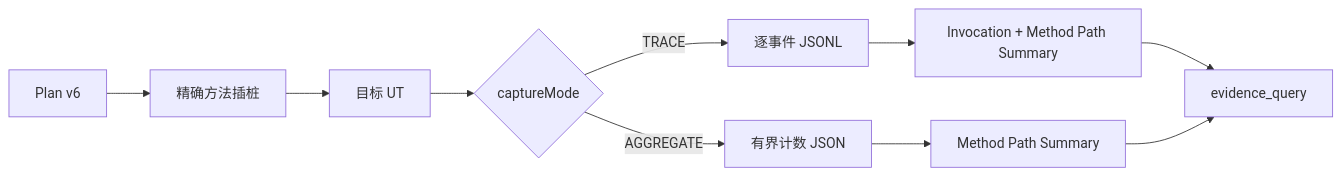
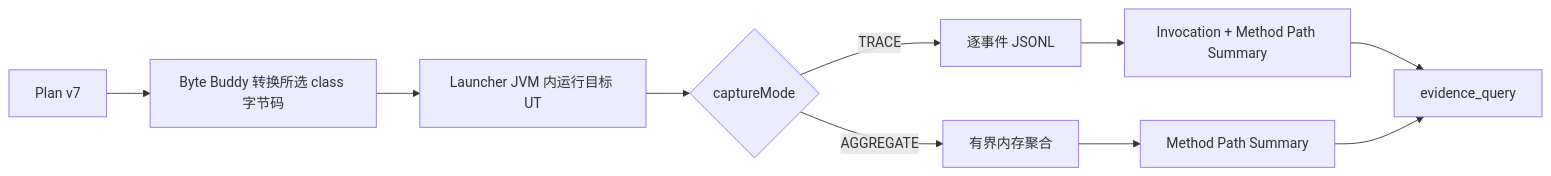
The third of 3 diagrams in docs/architecture/algorithm-debug-agent-module-detailed-design-v1.md (mh90901119-oss/algorithm-debug-agent), drawn with Mermaid before and after one commit. The commit also changed other lines of this file and 42 other files, not shown here.

````diff
--- a/docs/architecture/algorithm-debug-agent-module-detailed-design-v1.md
+++ b/docs/architecture/algorithm-debug-agent-module-detailed-design-v1.md
@@ -66,12 +152,12 @@
 ```mermaid
 flowchart LR
-    P["Plan v6"] --> W["精确方法插桩"]
-    W --> R["目标 UT"]
+    P["Plan v7"] --> W["Byte Buddy 转换所选 class 字节码"]
+    W --> R["Launcher JVM 内运行目标 UT"]
     R --> M{"captureMode"}
-    M -->|TRACE| J["逐事件 JSONL"]
-    M -->|AGGREGATE| A["有界计数 JSON"]
+    M -->|"TRACE"| J["逐事件 JSONL"]
+    M -->|"AGGREGATE"| G["有界内存聚合"]
     J --> N1["Invocation + Method Path Summary"]
-    A --> N2["Method Path Summary"]
+    G --> N2["Method Path Summary"]
     N1 --> Q["evidence_query"]
     N2 --> Q
 ```
````
